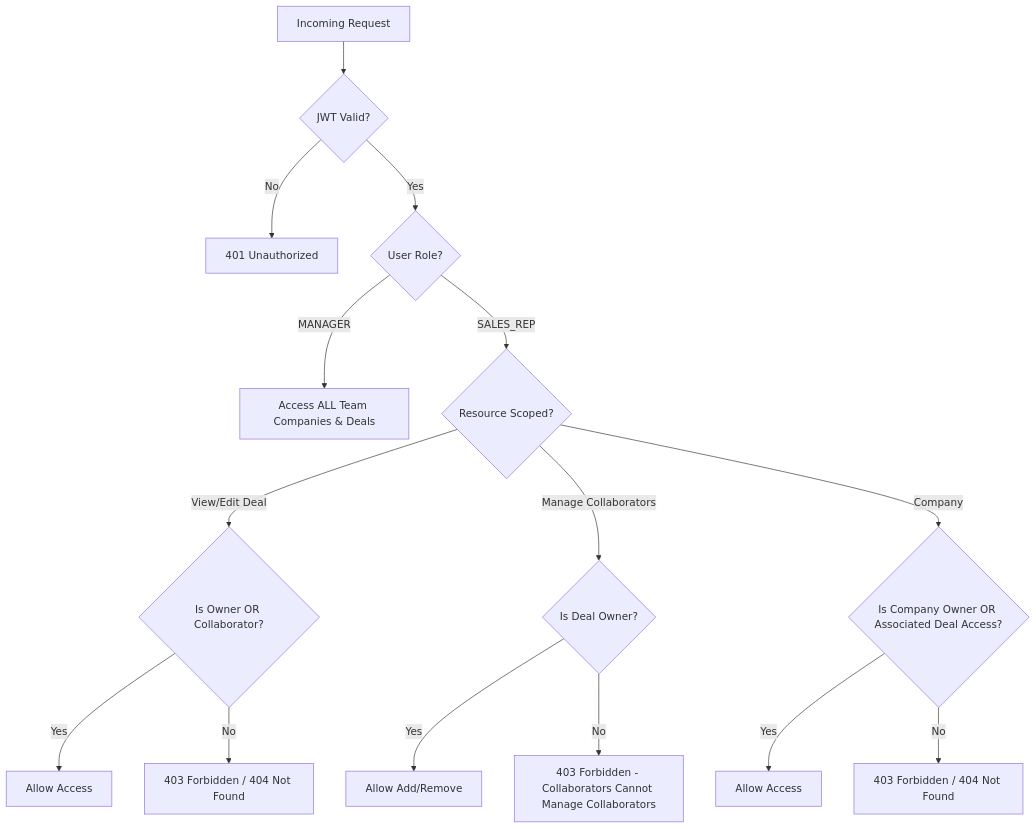
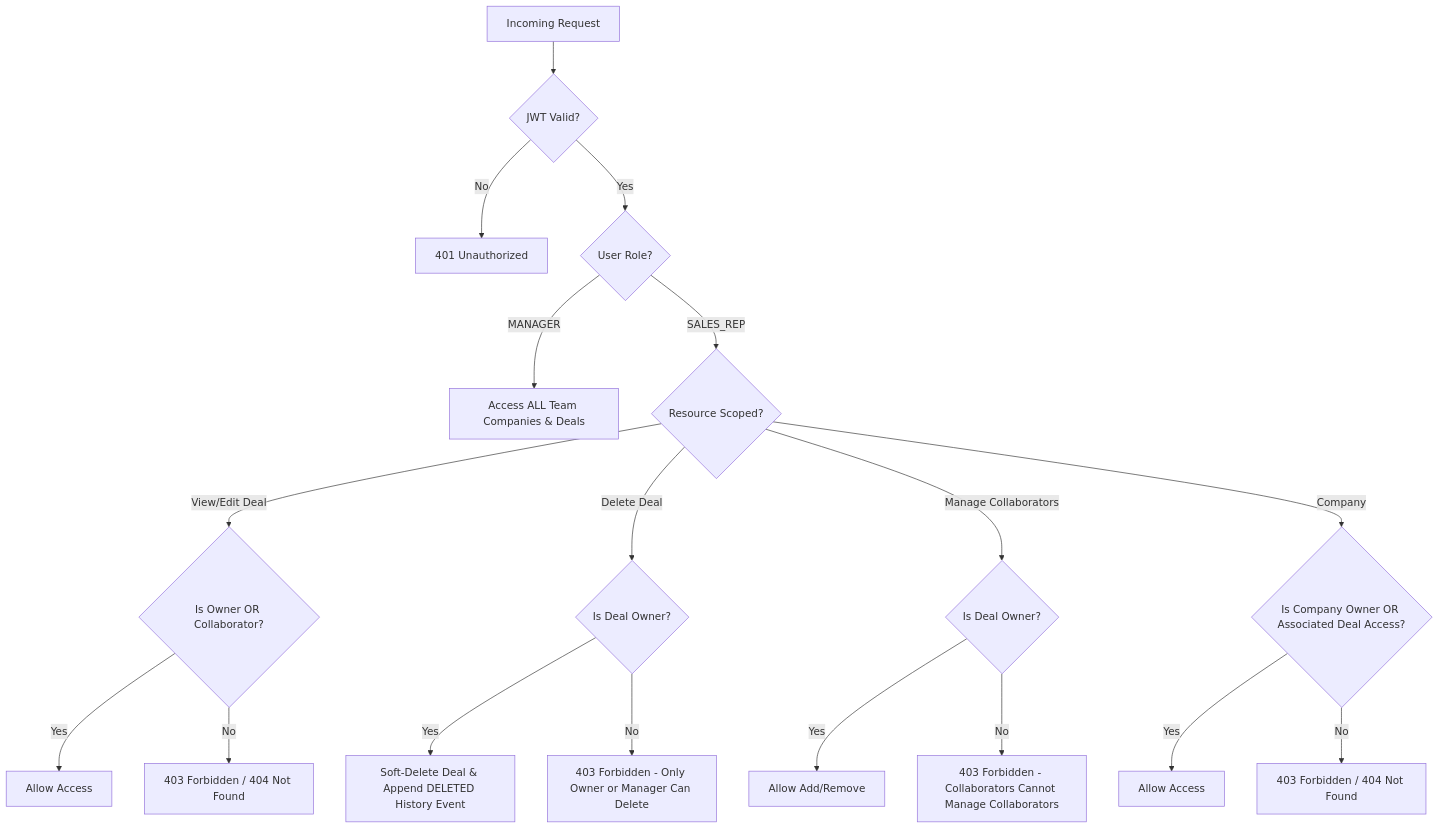
The fourth of 4 diagrams in docs/architecture.md (vedrathavi/Busy-Assignment), drawn with Mermaid before and after one commit. The commit also changed other lines of this file and 4 other files, not shown here.

Commit message:
docs: define deal soft deletion and immutable history

````diff
--- a/docs/architecture.md
+++ b/docs/architecture.md
@@ -184,21 +184,25 @@
 ```mermaid
 flowchart TD
     Req[Incoming Request] --> AuthCheck{JWT Valid?}
     AuthCheck -- No --> R401[401 Unauthorized]
     AuthCheck -- Yes --> RoleCheck{User Role?}
     
     RoleCheck -- MANAGER --> ManagerAccess[Access ALL Team Companies & Deals]
     
     RoleCheck -- SALES_REP --> RepAccess{Resource Scoped?}
     RepAccess -- View/Edit Deal --> DealCheck{Is Owner OR Collaborator?}
     DealCheck -- Yes --> AllowDeal[Allow Access]
     DealCheck -- No --> DenyDeal[403 Forbidden / 404 Not Found]
     
+    RepAccess -- Delete Deal --> DeleteCheck{Is Deal Owner?}
+    DeleteCheck -- Yes --> SoftDeleteDeal[Soft-Delete Deal & Append DELETED History Event]
+    DeleteCheck -- No --> DenyDelete[403 Forbidden - Only Owner or Manager Can Delete]
+    
     RepAccess -- Manage Collaborators --> CollabCheck{Is Deal Owner?}
     CollabCheck -- Yes --> AllowCollab[Allow Add/Remove]
     CollabCheck -- No --> DenyCollab[403 Forbidden - Collaborators Cannot Manage Collaborators]
     
     RepAccess -- Company --> CompCheck{Is Company Owner OR Associated Deal Access?}
     CompCheck -- Yes --> AllowComp[Allow Access]
     CompCheck -- No --> DenyComp[403 Forbidden / 404 Not Found]
 ```
````
